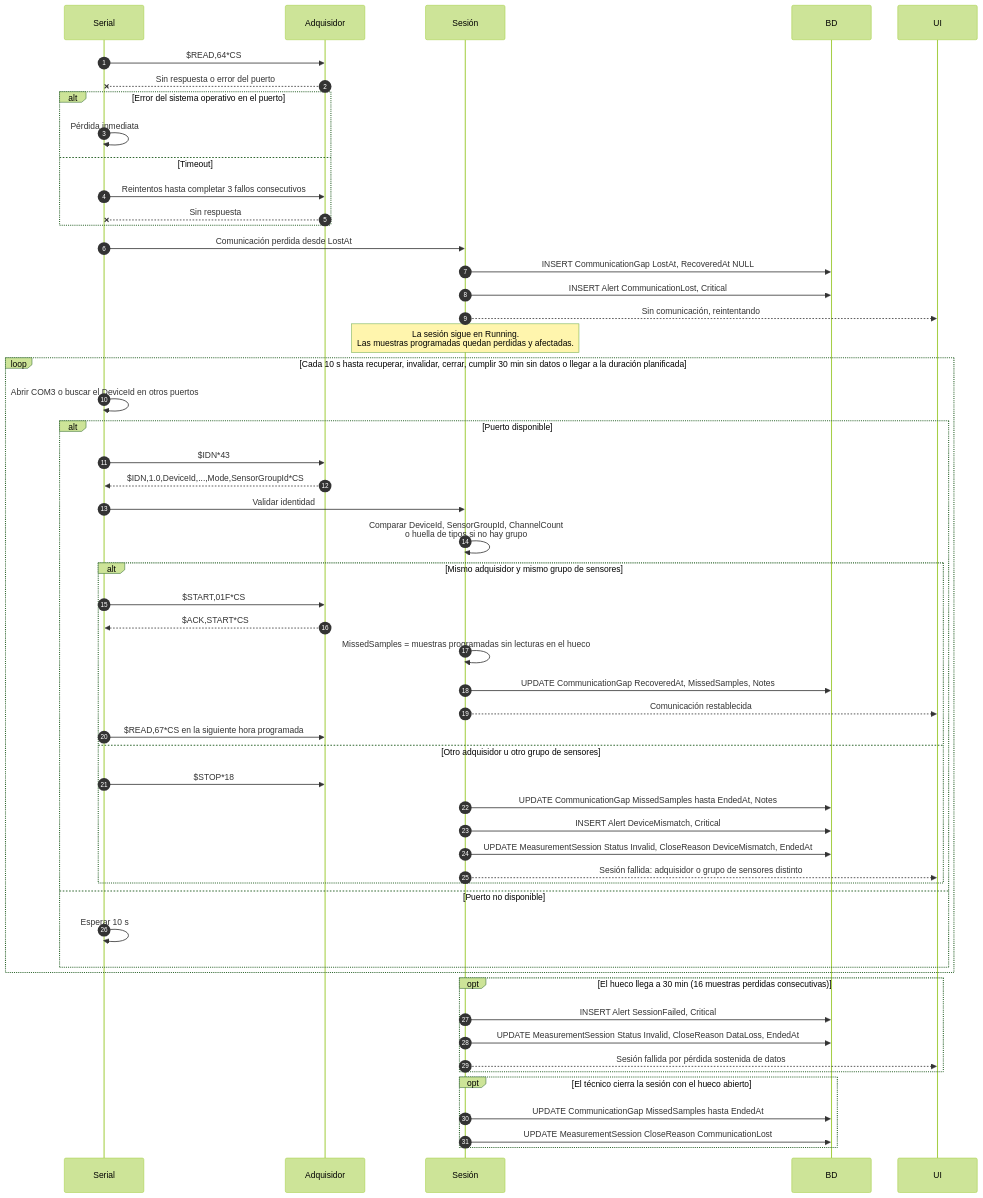
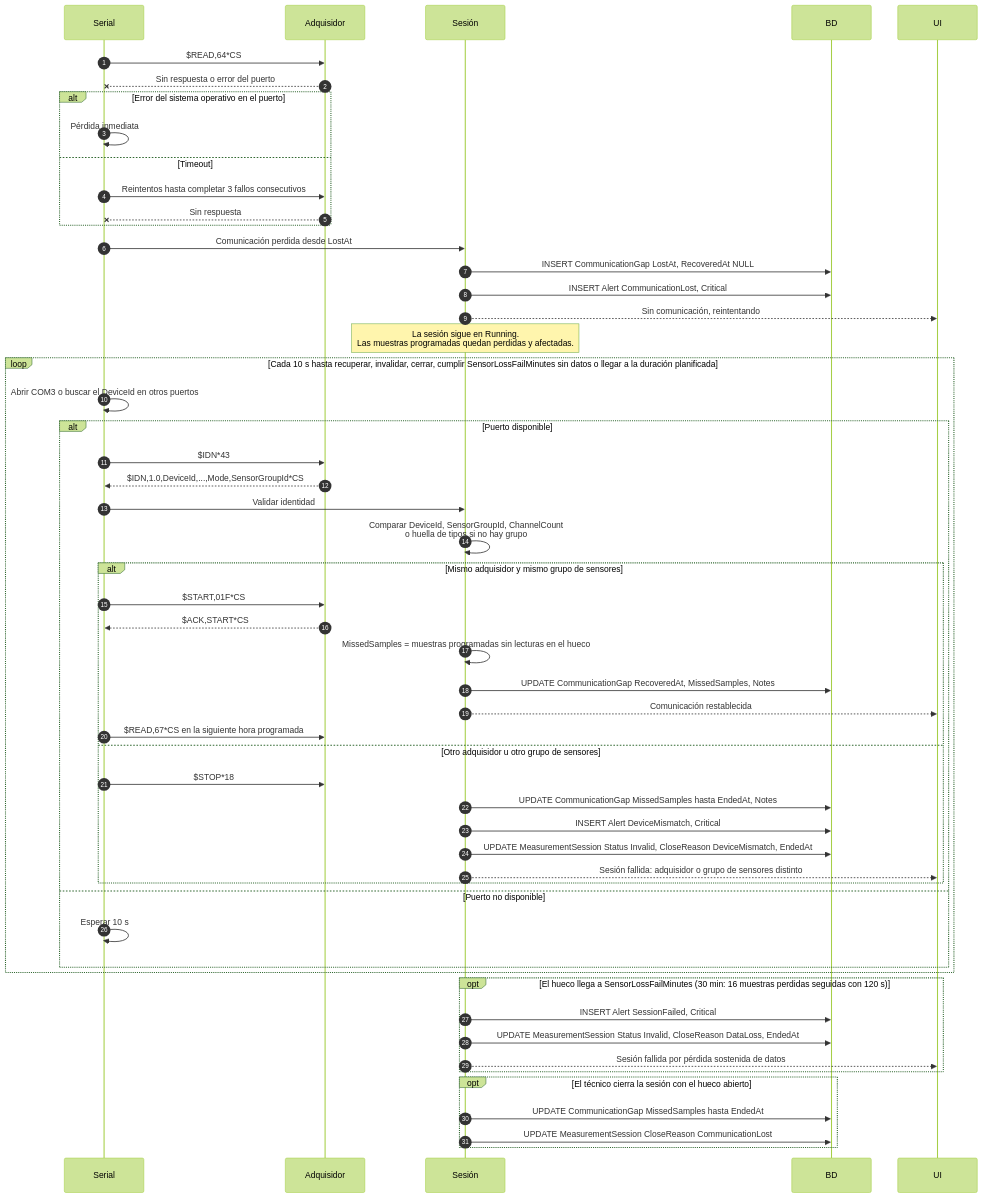
The diagram in docs/diagrams/sequence/03-perdida-de-comunicacion.md (ocarranzam/ThermalCalibration), drawn with Mermaid (forest theme) before and after one commit. The commit also changed other lines of this file and 25 other files, not shown here.

First line of the commit message:
Plan de implementación, plantillas de entrega y diagramas de secuencia en SVG

````diff
--- a/docs/diagrams/sequence/03-perdida-de-comunicacion.md
+++ b/docs/diagrams/sequence/03-perdida-de-comunicacion.md
@@ -7,60 +7,60 @@
 ```mermaid
 sequenceDiagram
     autonumber
     participant Ser as Serial
     participant ADQ as Adquisidor
     participant Ses as Sesión
     participant BD
     participant UI
 
     Ser->>ADQ: $READ,64*CS
     ADQ--xSer: Sin respuesta o error del puerto
     alt Error del sistema operativo en el puerto
         Ser->>Ser: Pérdida inmediata
     else Timeout
         Ser->>ADQ: Reintentos hasta completar 3 fallos consecutivos
         ADQ--xSer: Sin respuesta
     end
     Ser->>Ses: Comunicación perdida desde LostAt
     Ses->>BD: INSERT CommunicationGap LostAt, RecoveredAt NULL
     Ses->>BD: INSERT Alert CommunicationLost, Critical
     Ses-->>UI: Sin comunicación, reintentando
     Note over Ses: La sesión sigue en Running.<br/>Las muestras programadas quedan perdidas y afectadas.
 
-    loop Cada 10 s hasta recuperar, invalidar, cerrar, cumplir 30 min sin datos o llegar a la duración planificada
+    loop Cada 10 s hasta recuperar, invalidar, cerrar, cumplir SensorLossFailMinutes sin datos o llegar a la duración planificada
         Ser->>Ser: Abrir COM3 o buscar el DeviceId en otros puertos
         alt Puerto disponible
             Ser->>ADQ: $IDN*43
             ADQ-->>Ser: $IDN,1.0,DeviceId,...,Mode,SensorGroupId*CS
             Ser->>Ses: Validar identidad
             Ses->>Ses: Comparar DeviceId, SensorGroupId, ChannelCount<br/>o huella de tipos si no hay grupo
             alt Mismo adquisidor y mismo grupo de sensores
                 Ser->>ADQ: $START,01F*CS
                 ADQ-->>Ser: $ACK,START*CS
                 Ses->>Ses: MissedSamples = muestras programadas sin lecturas en el hueco
                 Ses->>BD: UPDATE CommunicationGap RecoveredAt, MissedSamples, Notes
                 Ses-->>UI: Comunicación restablecida
                 Ser->>ADQ: $READ,67*CS en la siguiente hora programada
             else Otro adquisidor u otro grupo de sensores
                 Ser->>ADQ: $STOP*18
                 Ses->>BD: UPDATE CommunicationGap MissedSamples hasta EndedAt, Notes
                 Ses->>BD: INSERT Alert DeviceMismatch, Critical
                 Ses->>BD: UPDATE MeasurementSession Status Invalid, CloseReason DeviceMismatch, EndedAt
                 Ses-->>UI: Sesión fallida: adquisidor o grupo de sensores distinto
             end
         else Puerto no disponible
             Ser->>Ser: Esperar 10 s
         end
     end
 
-    opt El hueco llega a 30 min (16 muestras perdidas consecutivas)
+    opt El hueco llega a SensorLossFailMinutes (30 min: 16 muestras perdidas seguidas con 120 s)
         Ses->>BD: INSERT Alert SessionFailed, Critical
         Ses->>BD: UPDATE MeasurementSession Status Invalid, CloseReason DataLoss, EndedAt
         Ses-->>UI: Sesión fallida por pérdida sostenida de datos
     end
 
     opt El técnico cierra la sesión con el hueco abierto
         Ses->>BD: UPDATE CommunicationGap MissedSamples hasta EndedAt
         Ses->>BD: UPDATE MeasurementSession CloseReason CommunicationLost
     end
 ```
````
